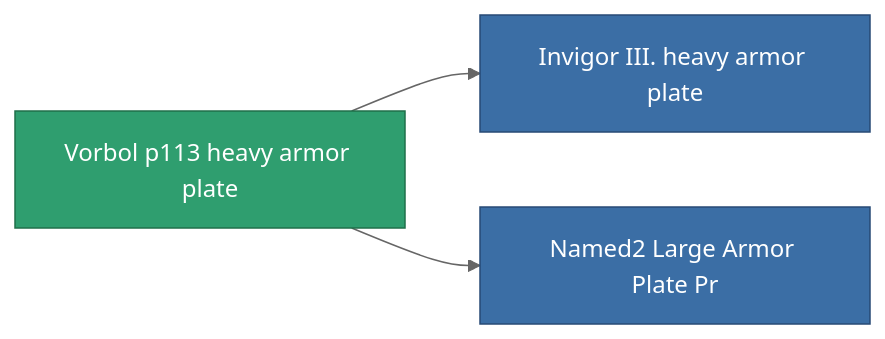
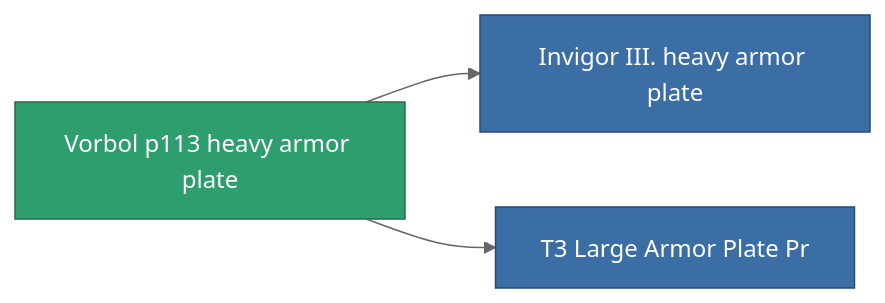
Before and after one commit to OpenPerpetuum/Wiki: the diagram in content/content/items/named1_large_armor_plate.md, drawn with Mermaid (neutral theme). The commit also changed other lines of this file and 4904 other files, not shown here.

````diff
--- a/content/content/items/named1_large_armor_plate.md
+++ b/content/content/items/named1_large_armor_plate.md
@@ -61,13 +47,13 @@
 ```mermaid
 graph LR
     a["Vorbol p113 heavy armor plate"]:::current
     b["Invigor III. heavy armor plate"]:::prod
     a --> b
     click b "/content/items/named2-large-armor-plate/" "Invigor III. heavy armor plate"
-    c["Named2 Large Armor Plate Pr"]:::prod
+    c["T3 Large Armor Plate Pr"]:::prod
     a --> c
-    click c "/content/items/named2-large-armor-plate-pr/" "Named2 Large Armor Plate Pr"
+    click c "/content/items/named2-large-armor-plate-pr/" "T3 Large Armor Plate Pr"
     classDef current fill:#2f9e6f,stroke:#1f6f4a,color:#ffffff
     classDef prod fill:#3b6ea5,stroke:#274a75,color:#ffffff
     classDef more fill:#39445a,stroke:#54658a,color:#d5dbe8
 ```
````
